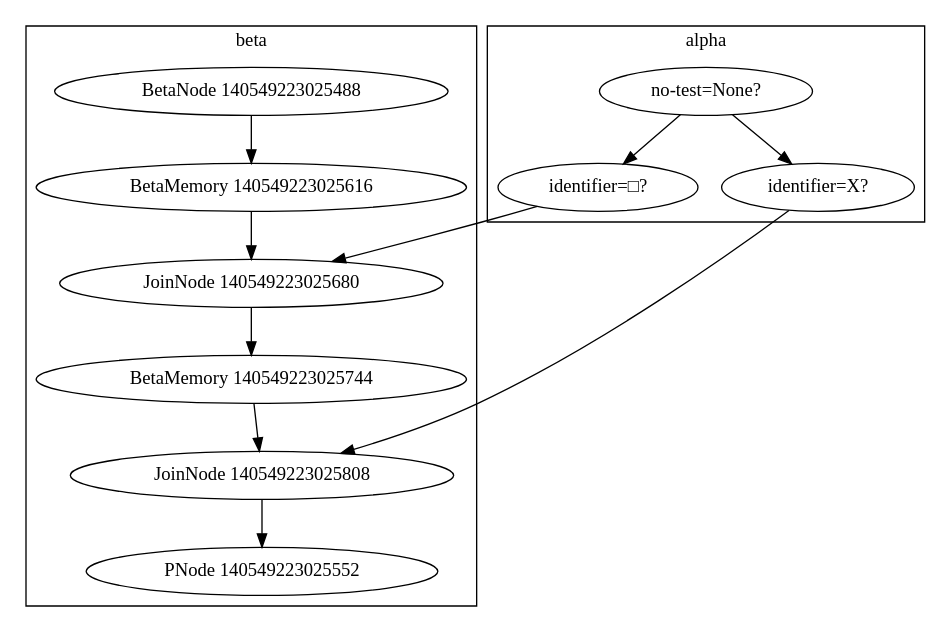
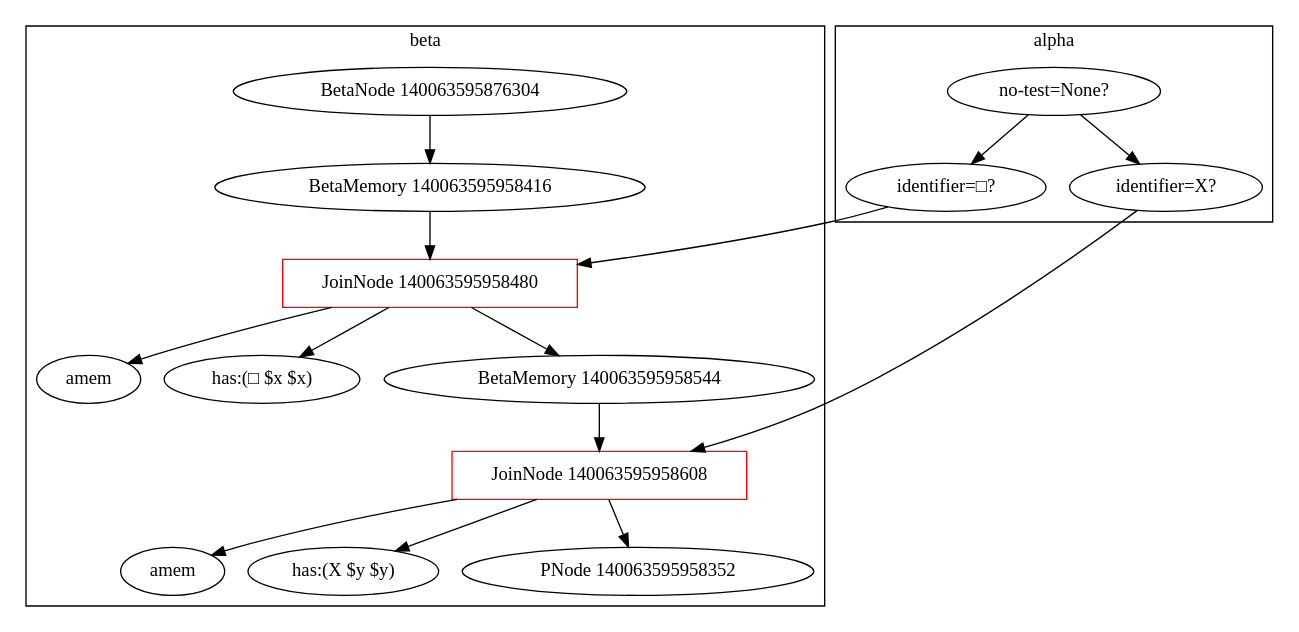
The diagram in genifer6/rete.dot (Cybernetic1/python), drawn with Graphviz before and after one commit. The commit also changed 2 other files, not shown here.

Commit message:
DOT graph of rete

```diff
--- a/genifer6/rete.dot
+++ b/genifer6/rete.dot
@@ -1,17 +1,25 @@
 digraph {
     subgraph cluster_1 {
     label = beta
-    "BetaNode 140549223025488" -> "BetaMemory 140549223025616";
-    "BetaMemory 140549223025616" -> "JoinNode 140549223025680";
-    "JoinNode 140549223025680" -> "BetaMemory 140549223025744";
-    "BetaMemory 140549223025744" -> "JoinNode 140549223025808";
-    "JoinNode 140549223025808" -> "PNode 140549223025552";
+    "BetaNode 140063595876304" -> "BetaMemory 140063595958416";
+    "BetaMemory 140063595958416" -> "JoinNode 140063595958480";
+    "JoinNode 140063595958480" -> "amem:<rete.alpha.AlphaMemory instance at 0x7f6318e0ac68>"
+    "amem:<rete.alpha.AlphaMemory instance at 0x7f6318e0ac68>" [label="amem"];
+    "JoinNode 140063595958480" [shape=box, color=red];
+    "JoinNode 140063595958480" -> "has:(□ $x $x)"
+    "JoinNode 140063595958480" -> "BetaMemory 140063595958544";
+    "BetaMemory 140063595958544" -> "JoinNode 140063595958608";
+    "JoinNode 140063595958608" -> "amem:<rete.alpha.AlphaMemory instance at 0x7f6318e0acf8>"
+    "amem:<rete.alpha.AlphaMemory instance at 0x7f6318e0acf8>" [label="amem"];
+    "JoinNode 140063595958608" [shape=box, color=red];
+    "JoinNode 140063595958608" -> "has:(X $y $y)"
+    "JoinNode 140063595958608" -> "PNode 140063595958352";
     }
     subgraph cluster_0 {
     label = alpha
     "no-test=None?" -> "identifier=□?";
     "no-test=None?" -> "identifier=X?";
     }
-    "identifier=□?" -> "JoinNode 140549223025680";
-    "identifier=X?" -> "JoinNode 140549223025808";
+    "identifier=□?" -> "JoinNode 140063595958480";
+    "identifier=X?" -> "JoinNode 140063595958608";
 }
```
